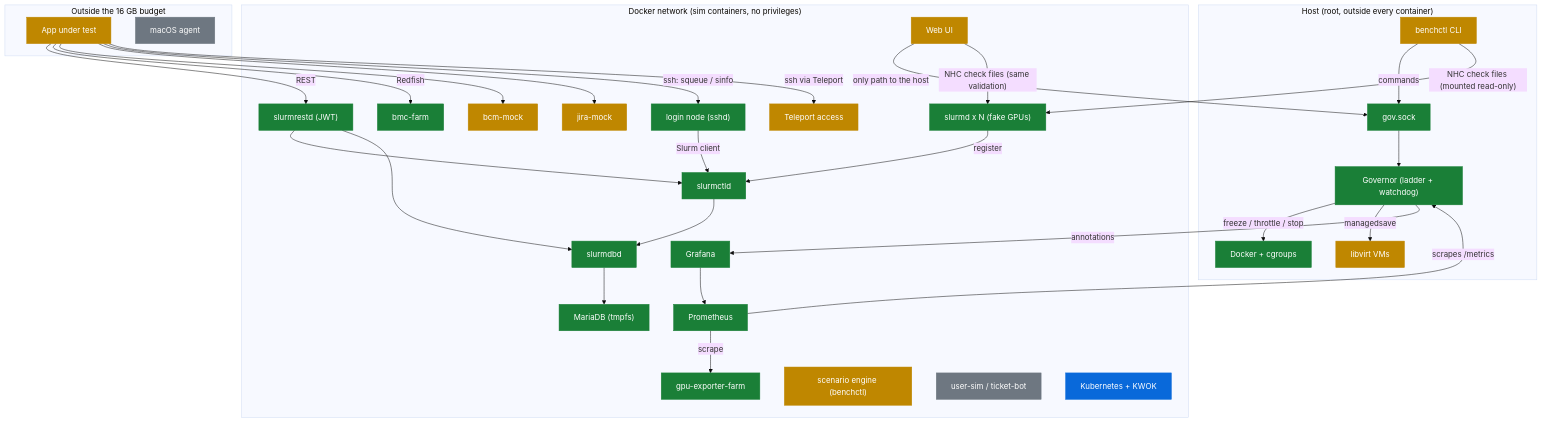
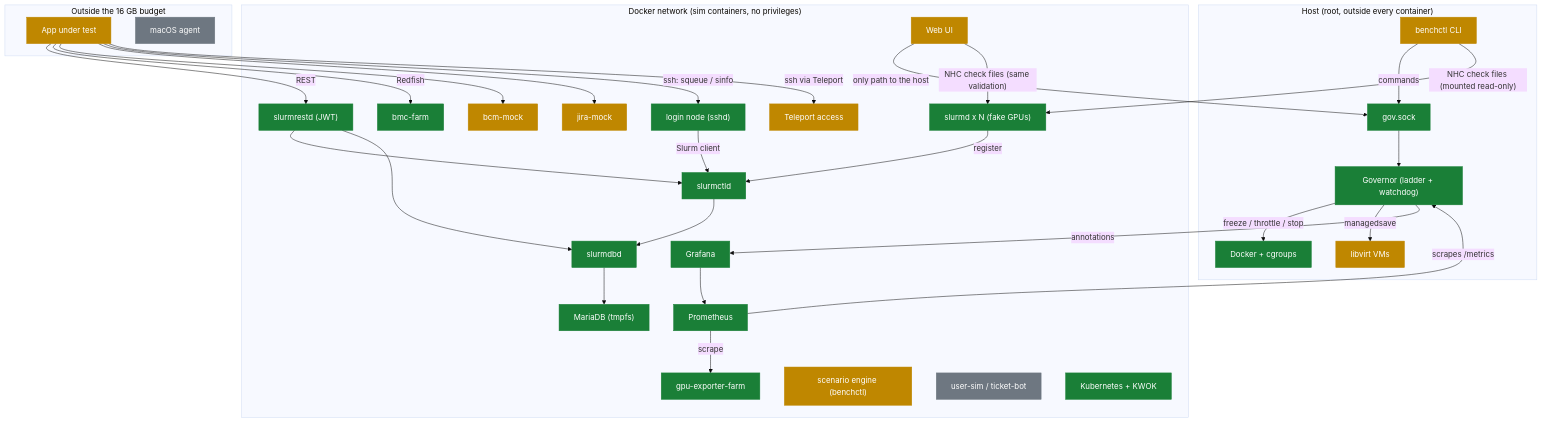
Before and after one commit to AhmedYousriSobhi/workbench: the second of 2 diagrams in docs/PROGRESS.md, drawn with Mermaid (base theme). The commit also changed other lines of this file and 2 other files, not shown here.

Commit message:
docs: Kubernetes part done, PR 379 merged (#392)

````diff
--- a/docs/PROGRESS.md
+++ b/docs/PROGRESS.md
@@ -32,60 +32,60 @@
 ```mermaid
 flowchart TB
     subgraph host["Host (root, outside every container)"]
         benchctl["benchctl CLI"]:::partial
         gov["Governor (ladder + watchdog)"]:::done
         sock["gov.sock"]:::done
         docker["Docker + cgroups"]:::done
         libvirt["libvirt VMs"]:::partial
     end
     subgraph net["Docker network (sim containers, no privileges)"]
         ctld["slurmctld"]:::done
         slurmd["slurmd x N (fake GPUs)"]:::done
         restd["slurmrestd (JWT)"]:::done
         dbd["slurmdbd"]:::done
         maria["MariaDB (tmpfs)"]:::done
         prom["Prometheus"]:::done
         graf["Grafana"]:::done
         gpux["gpu-exporter-farm"]:::done
         bmc["bmc-farm"]:::done
         bcm["bcm-mock"]:::partial
         jira["jira-mock"]:::partial
         login["login node (sshd)"]:::done
         tele["Teleport access"]:::partial
         chaos["scenario engine (benchctl)"]:::partial
         users["user-sim / ticket-bot"]:::todo
-        k8s["Kubernetes + KWOK"]:::review
+        k8s["Kubernetes + KWOK"]:::done
         webui["Web UI"]:::partial
     end
     subgraph ext["Outside the 16 GB budget"]
         app["App under test"]:::partial
         mac["macOS agent"]:::todo
     end
     benchctl -->|"commands"| sock
     sock --> gov
     gov -->|"freeze / throttle / stop"| docker
     gov -->|"managedsave"| libvirt
     prom -->|"scrapes /metrics"| gov
     gov -->|"annotations"| graf
     slurmd -->|"register"| ctld
     restd --> ctld
     restd --> dbd
     ctld --> dbd
     dbd --> maria
     prom -->|"scrape"| gpux
     graf --> prom
     webui -->|"only path to the host"| sock
     benchctl -->|"NHC check files (mounted read-only)"| slurmd
     webui -->|"NHC check files (same validation)"| slurmd
     app -->|"REST"| restd
     app -->|"Redfish"| bmc
     app --> bcm
     app --> jira
     app -->|"ssh: squeue / sinfo"| login
     login -->|"Slurm client"| ctld
     app -->|"ssh via Teleport"| tele
     classDef done fill:#1a7f37,stroke:#1a7f37,color:#fff
     classDef review fill:#0969da,stroke:#0969da,color:#fff
     classDef partial fill:#bf8700,stroke:#bf8700,color:#fff
     classDef todo fill:#6e7781,stroke:#6e7781,color:#fff
 ```
````
